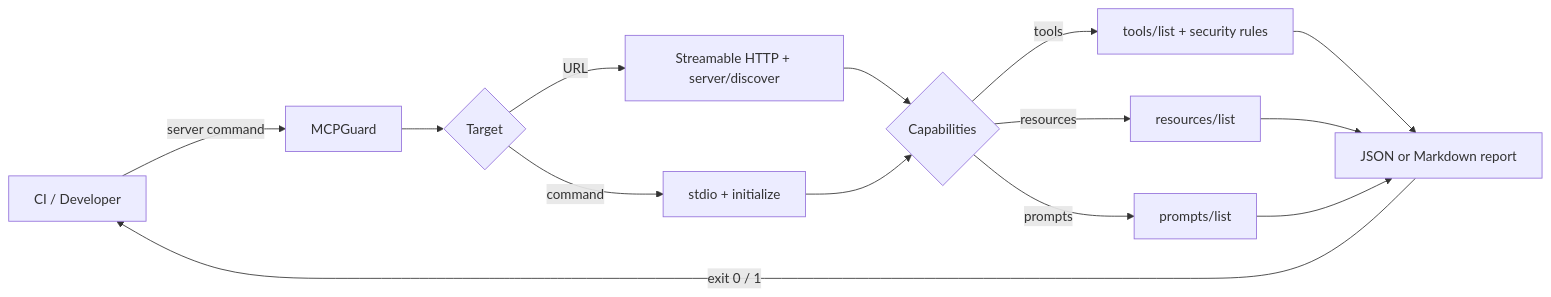
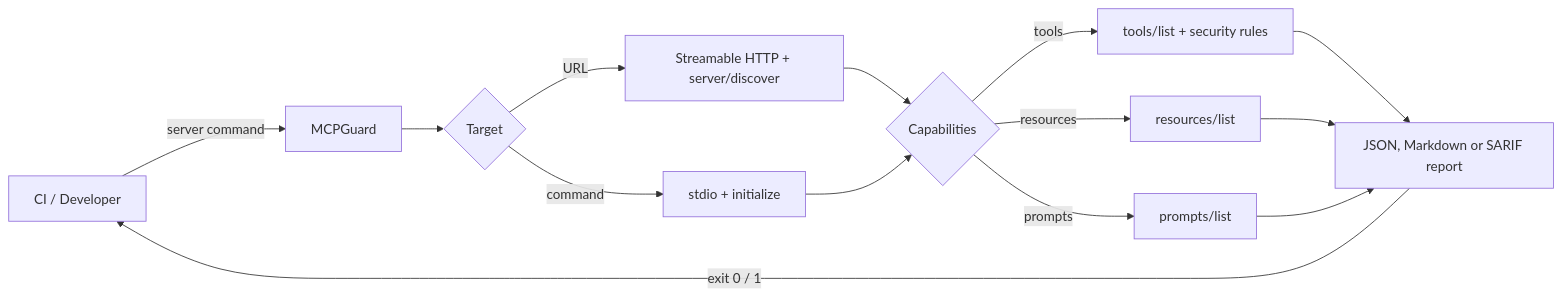
One commit to PierfrancescoLijoi/MCPGuard changed the diagram in README.md. Above: the diagram before and after it, drawn with Mermaid. The commit also changed other lines of this file and 9 other files, not shown here.

````diff
--- a/README.md
+++ b/README.md
@@ -31,16 +31,16 @@
 ```mermaid
 flowchart LR
     A[CI / Developer] -->|server command| B[MCPGuard]
     B --> C{Target}
     C -->|command| D[stdio + initialize]
     C -->|URL| J[Streamable HTTP + server/discover]
     J --> E
     D --> E{Capabilities}
     E -->|tools| F[tools/list + security rules]
     E -->|resources| G[resources/list]
     E -->|prompts| H[prompts/list]
-    F --> I[JSON or Markdown report]
+    F --> I[JSON, Markdown or SARIF report]
     G --> I
     H --> I
     I -->|exit 0 / 1| A
 ```
````
